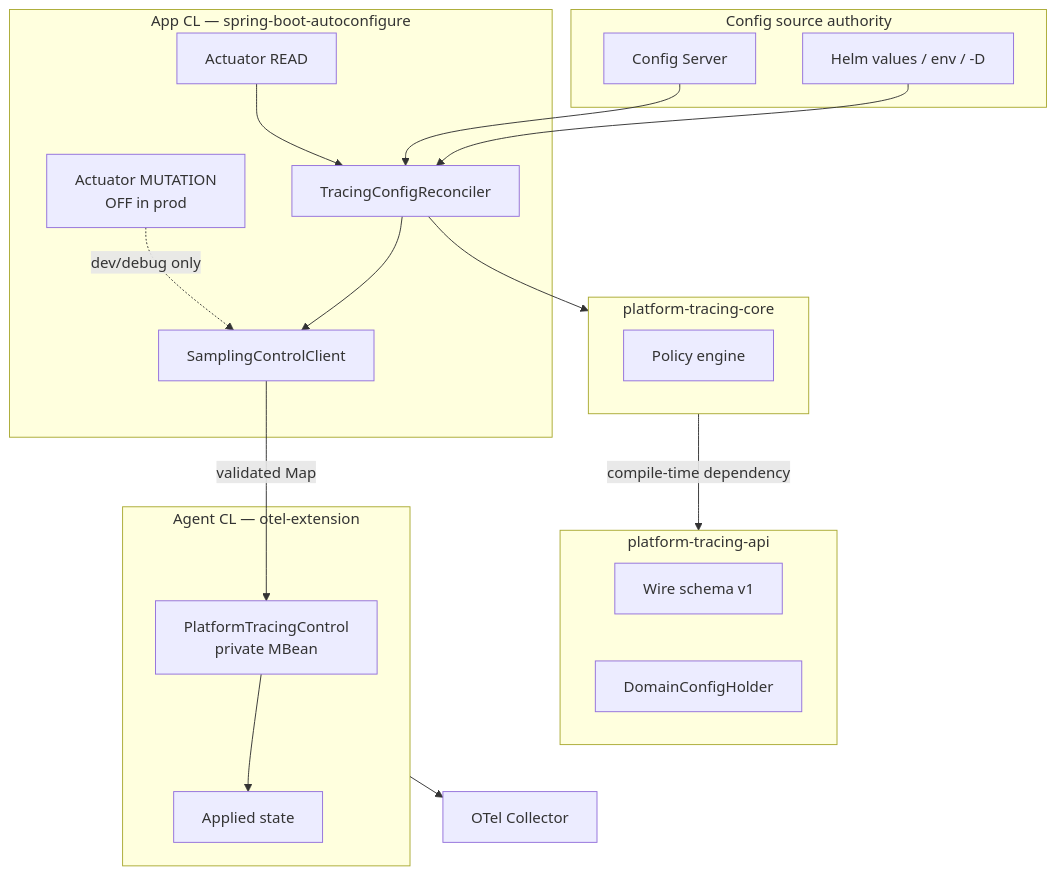
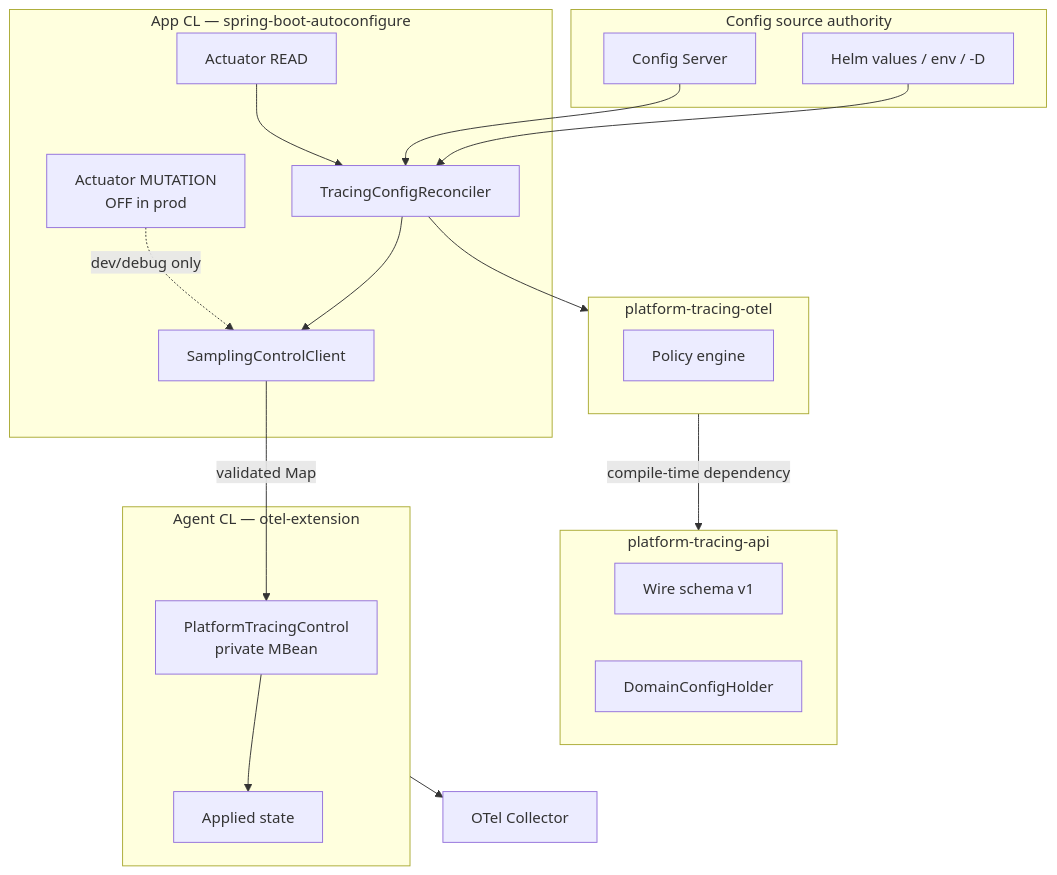
The first of 4 diagrams in docs/architecture/platform-tracing-target-architecture.md (andrew3008/EnglishDictionary), drawn with Mermaid before and after one commit. The commit also changed other lines of this file and 223 other files, not shown here.

Commit message:
refactor(tracing): rename core artifact to platform-tracing-otel

````diff
--- a/docs/architecture/platform-tracing-target-architecture.md
+++ b/docs/architecture/platform-tracing-target-architecture.md
@@ -45,39 +45,39 @@
 ```mermaid
 flowchart TB
   subgraph sources ["Config source authority"]
     HELM["Helm values / env / -D"]
     CS["Config Server"]
   end
 
   subgraph api ["platform-tracing-api"]
     WIRE["Wire schema v1"]
     DCH["DomainConfigHolder"]
   end
 
-  subgraph core ["platform-tracing-core"]
+  subgraph core ["platform-tracing-otel"]
     POL["Policy engine"]
   end
 
   subgraph spring ["App CL — spring-boot-autoconfigure"]
     RECON["TracingConfigReconciler"]
     SCC["SamplingControlClient"]
     AR["Actuator READ"]
     AM["Actuator MUTATION\nOFF in prod"]
     HELM --> RECON
     CS --> RECON
     RECON --> SCC
     AR --> RECON
     AM -.->|"dev/debug only"| SCC
   end
 
   subgraph agent ["Agent CL — otel-extension"]
     JMX["PlatformTracingControl\nprivate MBean"]
     APPLIED["Applied state"]
     JMX --> APPLIED
   end
 
   core -->|"compile-time dependency"| api
   RECON --> core
   SCC -->|"validated Map"| JMX
   agent --> COL["OTel Collector"]
 ```
````
